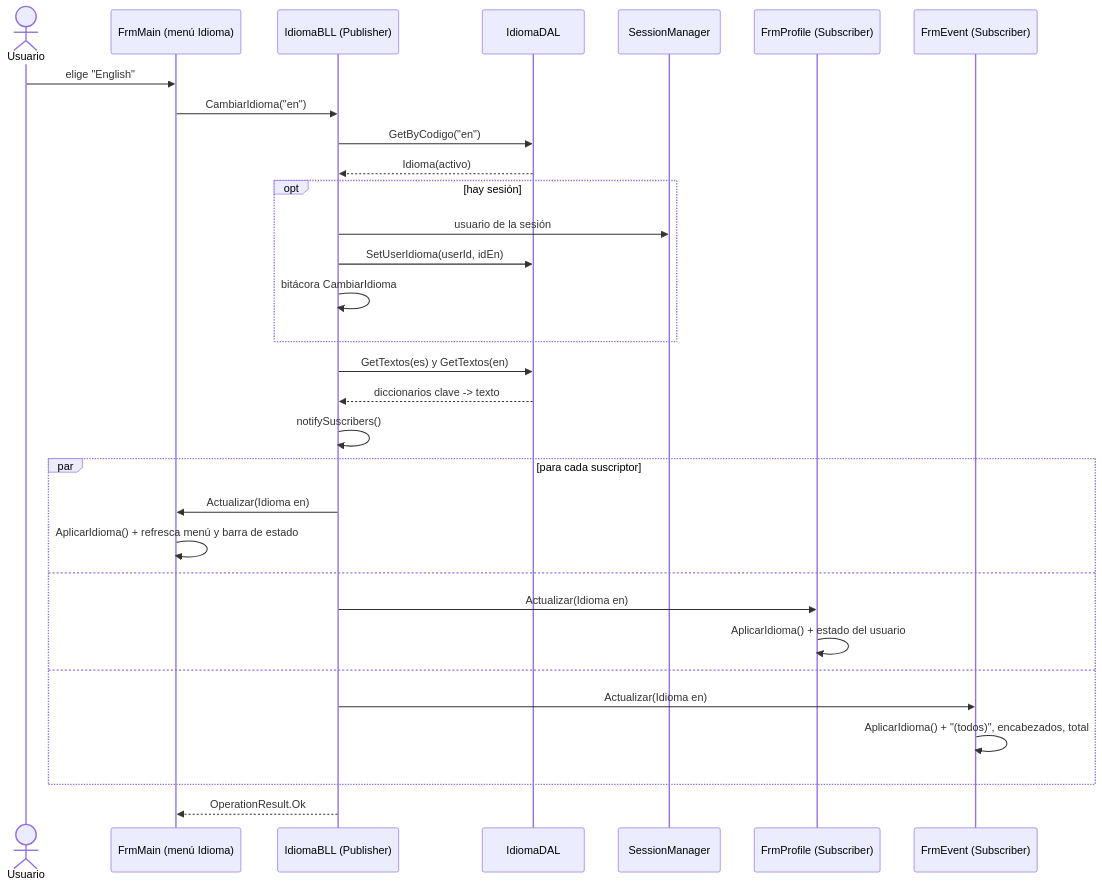
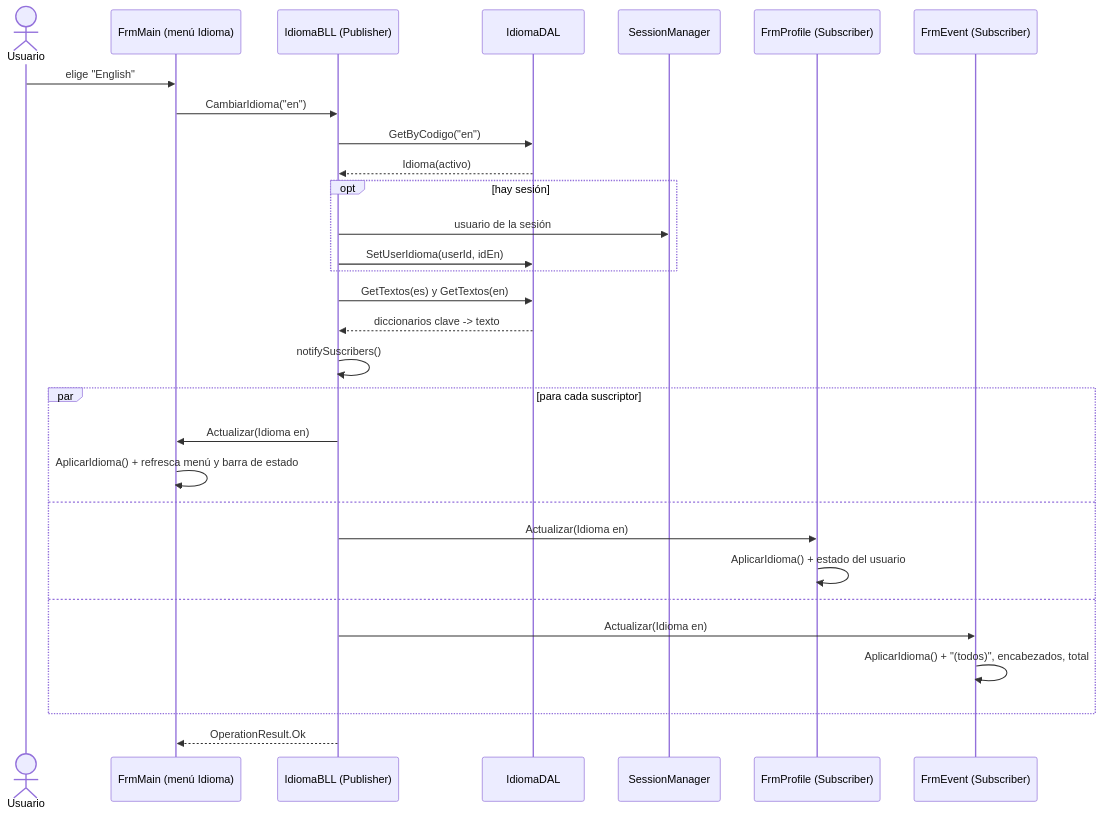
One commit to UAINahueLeandroDefeudi/uai-ing-soft changed the second of 4 diagrams in docs/ERS - Especificación de Requerimientos Software/DS - Diagramas de secuencia/DS-idiomas-observer.md. Above: the diagram before and after it, drawn with Mermaid. The commit also changed 4 other files, not shown here.

````diff
--- a/docs/ERS - Especificación de Requerimientos Software/DS - Diagramas de secuencia/DS-idiomas-observer.md
+++ b/docs/ERS - Especificación de Requerimientos Software/DS - Diagramas de secuencia/DS-idiomas-observer.md
@@ -35,34 +35,33 @@
 ```mermaid
 sequenceDiagram
     actor U as Usuario
     participant M as FrmMain (menú Idioma)
     participant B as IdiomaBLL (Publisher)
     participant D as IdiomaDAL
     participant S as SessionManager
     participant F1 as FrmProfile (Subscriber)
     participant F2 as FrmEvent (Subscriber)
 
     U->>M: elige "English"
     M->>B: CambiarIdioma("en")
     B->>D: GetByCodigo("en")
     D-->>B: Idioma(activo)
     opt hay sesión
         B->>S: usuario de la sesión
         B->>D: SetUserIdioma(userId, idEn)
-        B->>B: bitácora CambiarIdioma
     end
     B->>D: GetTextos(es) y GetTextos(en)
     D-->>B: diccionarios clave -> texto
     B->>B: notifySuscribers()
     par para cada suscriptor
         B->>M: Actualizar(Idioma en)
         M->>M: AplicarIdioma() + refresca menú y barra de estado
     and
         B->>F1: Actualizar(Idioma en)
         F1->>F1: AplicarIdioma() + estado del usuario
     and
         B->>F2: Actualizar(Idioma en)
         F2->>F2: AplicarIdioma() + "(todos)", encabezados, total
     end
     B-->>M: OperationResult.Ok
 ```
````
